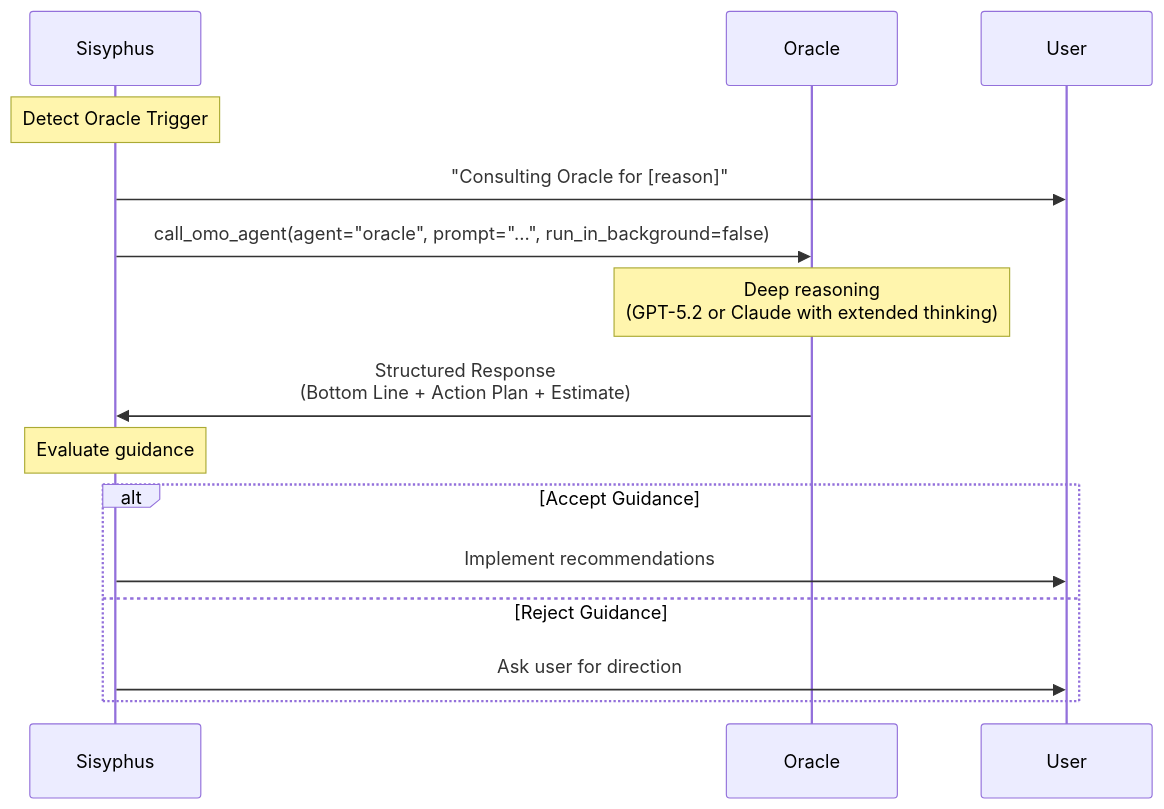
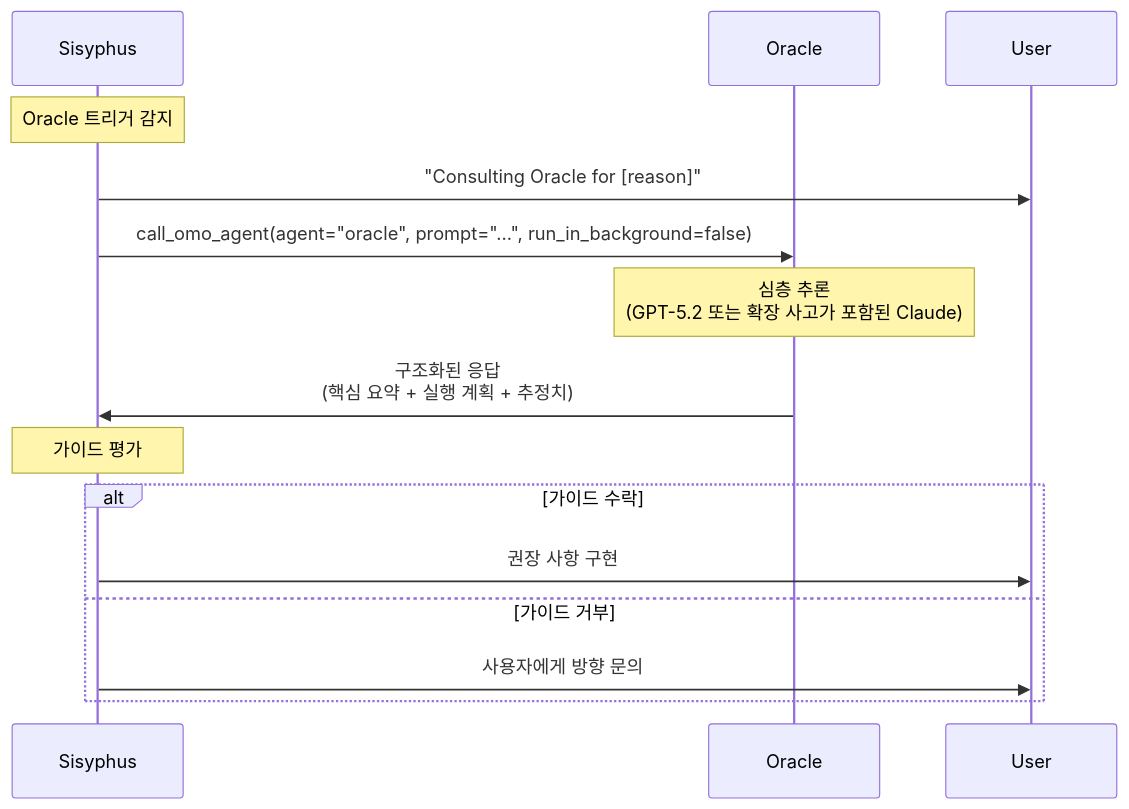
One commit to felipetruman/oh-my-opencode-docs changed the ninth of 11 diagrams in docs/agents/oracle-agent.md. Above: the diagram before and after it, drawn with Mermaid. The commit also changed other lines of this file and 76 other files, not shown here.

````diff
--- a/docs/agents/oracle-agent.md
+++ b/docs/agents/oracle-agent.md
@@ -440,18 +440,18 @@
 ```mermaid
 sequenceDiagram
   participant p1 as Sisyphus
   participant p2 as Oracle
   participant p3 as User
 
-  note over p1: Detect Oracle Trigger
+  note over p1: Oracle 트리거 감지
   p1->>p3: "Consulting Oracle for [reason]"
   p1->>p2: call_omo_agent(agent="oracle", prompt="...", run_in_background=false)
-  note over p2: Deep reasoning<br/>(GPT-5.2 or Claude with extended thinking)
-  p2->>p1: Structured Response<br/>(Bottom Line + Action Plan + Estimate)
-  note over p1: Evaluate guidance
-  alt Accept Guidance
-    p1->>p3: Implement recommendations
-  else Reject Guidance
-    p1->>p3: Ask user for direction
+  note over p2: 심층 추론<br/>(GPT-5.2 또는 확장 사고가 포함된 Claude)
+  p2->>p1: 구조화된 응답<br/>(핵심 요약 + 실행 계획 + 추정치)
+  note over p1: 가이드 평가
+  alt 가이드 수락
+    p1->>p3: 권장 사항 구현
+  else 가이드 거부
+    p1->>p3: 사용자에게 방향 문의
   end
 ```
````
